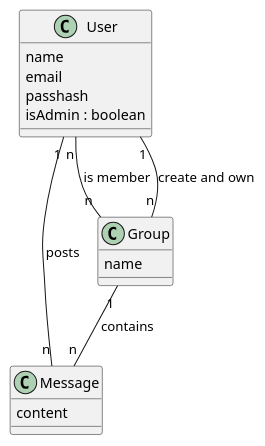
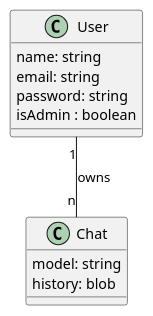
One commit to latifie/projet-wmmrsarc changed the third of 3 diagrams in README.md. Above: the diagram before and after it, drawn with PlantUML. The commit also changed other lines of this file, not shown here.

Commit message:
docs: Maj API & schéma DB

````diff
--- a/README.md
+++ b/README.md
@@ -154,22 +156,15 @@
 ```plantuml
 class User{
-  name
-  email
-  passhash
+  name: string
+  email: string
+  password: string
   isAdmin : boolean
 }
 
-class Message{
-  content
+class Chat{
+  model: string
+  history: blob
 }
 
-class Group{
-  name
-}
-
-User "1" -- "n" Message : posts
-Group "1" -- "n" Message : contains
-
-User "n" -- "n"  Group : is member 
-User "1" -- "n"  Group : create and own
+User "1" -- "n" Chat : owns
 ```
````
